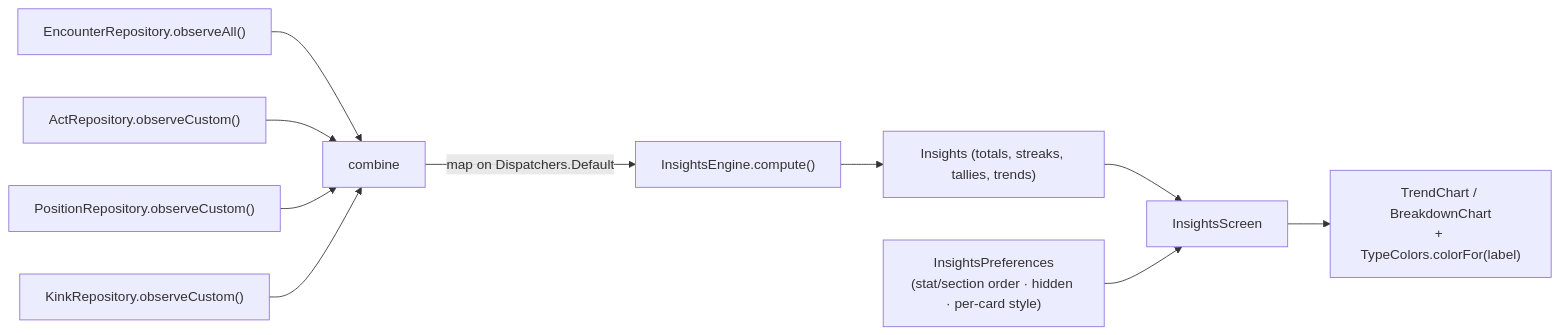
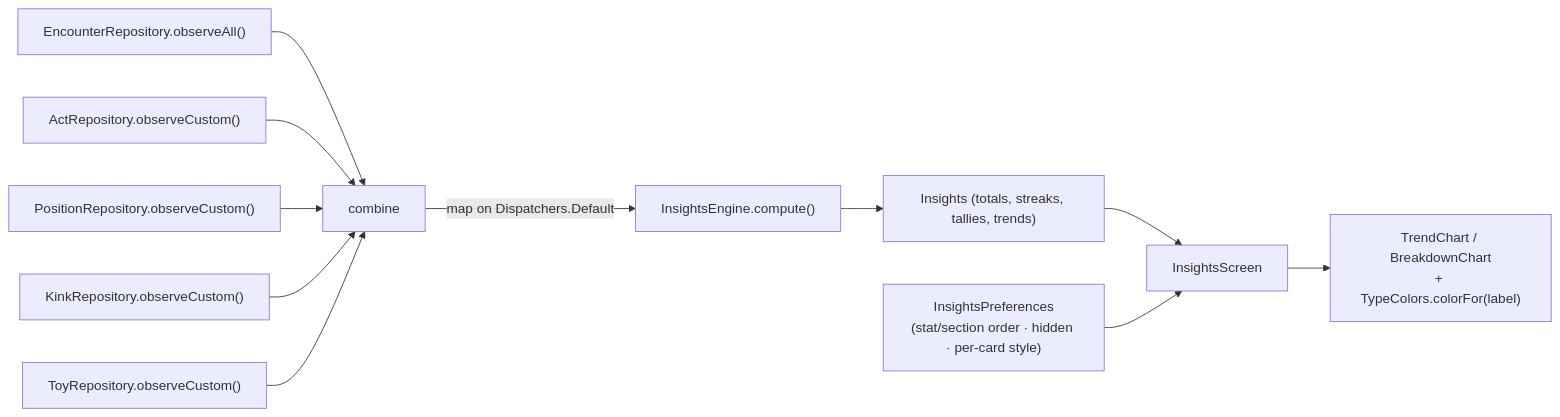
Before and after one commit to herbiewalker/tryst: the sixth of 9 diagrams in docs/FLOWCHARTS.md, drawn with Mermaid. The commit also changed other lines of this file and 11 other files, not shown here.

First line of the commit message:
docs: sync docs to schema v11 / v0.3.1 (FDP-4 positions & toys)

````diff
--- a/docs/FLOWCHARTS.md
+++ b/docs/FLOWCHARTS.md
@@ -149,12 +149,13 @@
 ```mermaid
 flowchart LR
     R1["EncounterRepository.observeAll()"] --> CMB["combine"]
     R2["ActRepository.observeCustom()"] --> CMB
     R3["PositionRepository.observeCustom()"] --> CMB
     R4["KinkRepository.observeCustom()"] --> CMB
+    R5["ToyRepository.observeCustom()"] --> CMB
     CMB -->|"map on Dispatchers.Default"| ENG["InsightsEngine.compute()"]
     ENG --> INS["Insights (totals, streaks, tallies, trends)"]
     INS --> SCR["InsightsScreen"]
     PREFS["InsightsPreferences<br/>(stat/section order · hidden · per-card style)"] --> SCR
     SCR --> CH["TrendChart / BreakdownChart<br/>+ TypeColors.colorFor(label)"]
 ```
````
